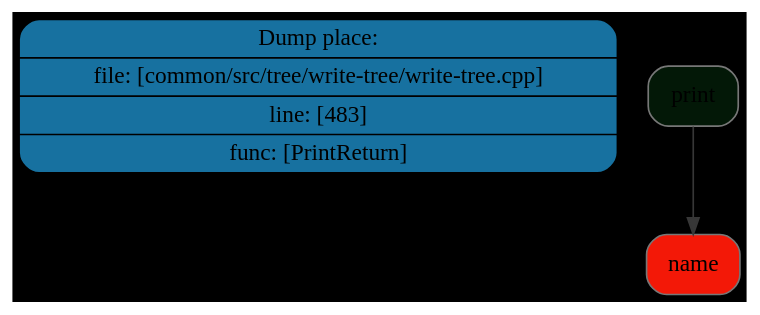
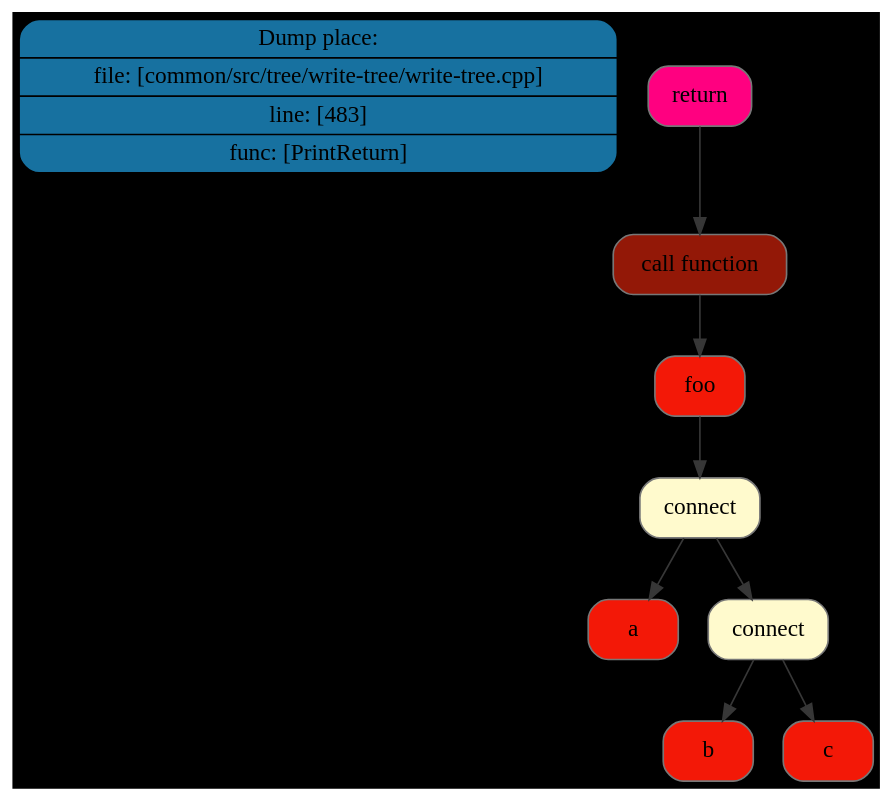
Before and after one commit to Maksim-Sebelev/Language: the diagram in dot/node/dot/node1.dot, drawn with Graphviz. The commit also changed 61 other files, not shown here.

```diff
--- a/dot/node/dot/node1.dot
+++ b/dot/node/dot/node1.dot
@@ -1,9 +1,21 @@
 digraph G{
 rankdir=TB
 graph [bgcolor="#000000"];
 place[shape=Mrecord, style=filled, fillcolor="#1771a0", pos="0,1!",label = " { Dump place: | file: [common/src/tree/write-tree/write-tree.cpp] | line: [483] | func: [PrintReturn] } "color = "#000000"];
-node0x5070000005d0[shape=Mrecord, style=filled, fillcolor="#031807"label = "print", color = "#777777"];
-node0x507000000560[shape=Mrecord, style=filled, fillcolor="#f31807"label = "name", color = "#777777"];
+node0x507000000870[shape=Mrecord, style=filled, fillcolor="#FF0080"label = "return", color = "#777777"];
+node0x507000000800[shape=Mrecord, style=filled, fillcolor="#931807"label = "call function", color = "#777777"];
+node0x507000000560[shape=Mrecord, style=filled, fillcolor="#f31807"label = "foo", color = "#777777"];
+node0x507000000790[shape=Mrecord, style=filled, fillcolor="#FFFACD"label = "connect", color = "#777777"];
+node0x5070000005d0[shape=Mrecord, style=filled, fillcolor="#f31807"label = "a", color = "#777777"];
+node0x507000000720[shape=Mrecord, style=filled, fillcolor="#FFFACD"label = "connect", color = "#777777"];
+node0x507000000640[shape=Mrecord, style=filled, fillcolor="#f31807"label = "b", color = "#777777"];
+node0x5070000006b0[shape=Mrecord, style=filled, fillcolor="#f31807"label = "c", color = "#777777"];
 edge[color="#373737"];
-node0x5070000005d0->node0x507000000560;
+node0x507000000870->node0x507000000800;
+node0x507000000800->node0x507000000560;
+node0x507000000560->node0x507000000790;
+node0x507000000790->node0x5070000005d0;
+node0x507000000790->node0x507000000720;
+node0x507000000720->node0x507000000640;
+node0x507000000720->node0x5070000006b0;
 }
```
